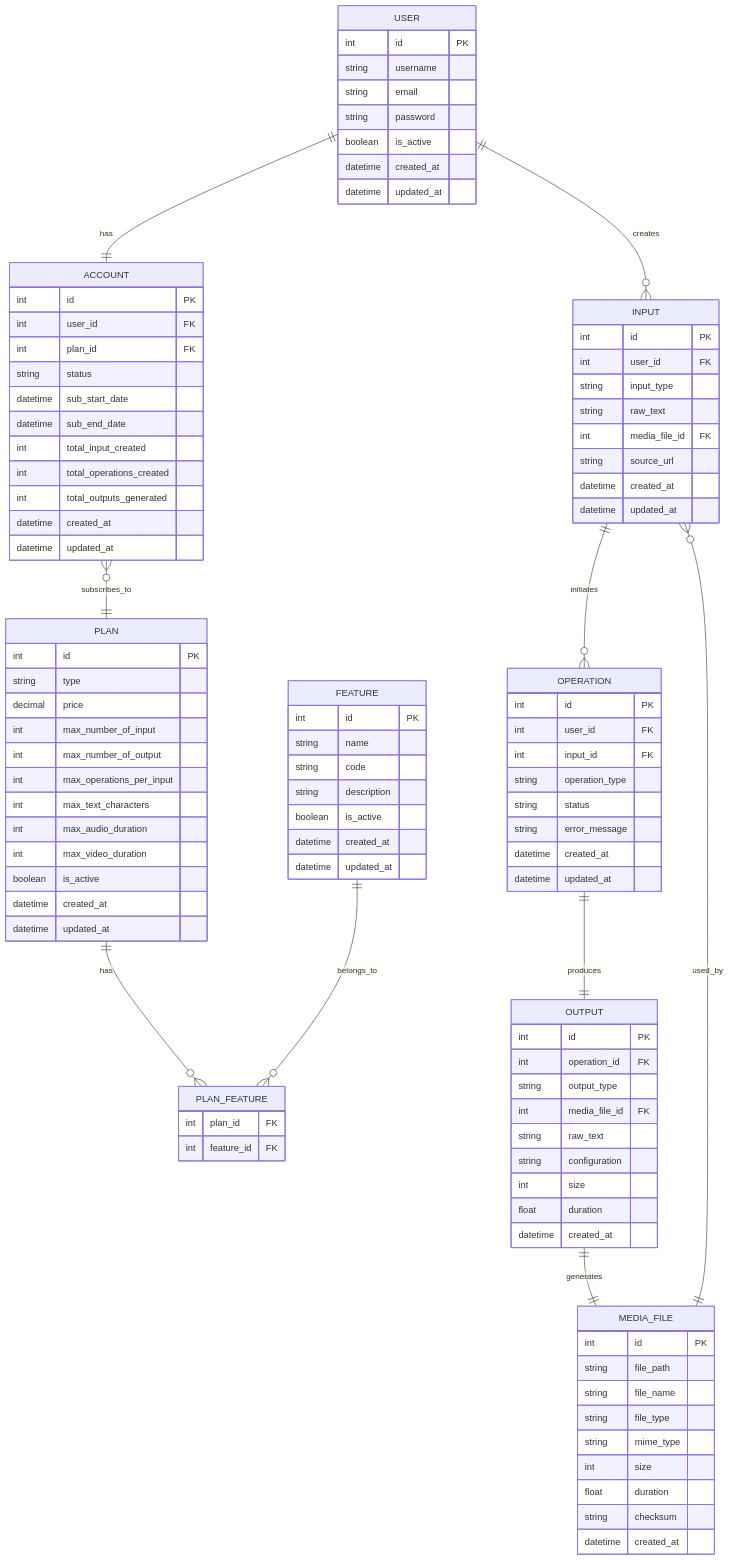
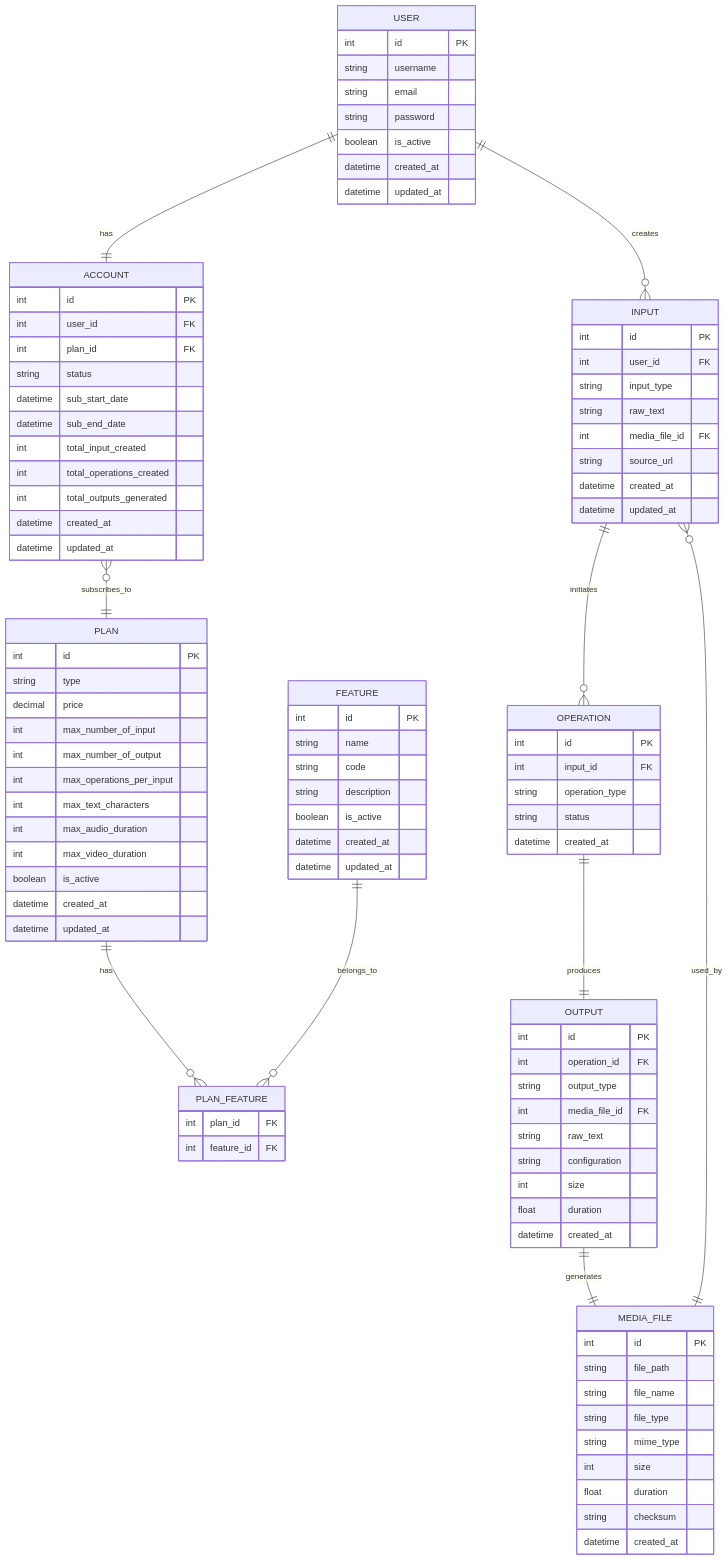
One commit to NelMatrix743/text-speaker-io changed the diagram in ERD.md. Above: the diagram before and after it, drawn with Mermaid.

Commit message:
refactor: remove unecessary fields from operation entity in ERD

```diff
--- a/ERD.md
+++ b/ERD.md
@@ -80,13 +80,10 @@
 
     OPERATION {
         int id PK
-        int user_id FK
         int input_id FK
         string operation_type
         string status
-        string error_message
         datetime created_at
-        datetime updated_at
     }
 
     OUTPUT {
```
